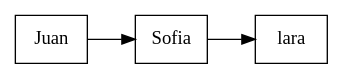
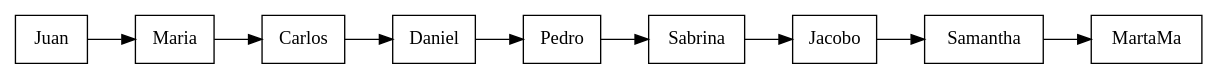
One commit to matiuuh/-EDD-Proyecto1_202203009 changed the diagram in output/usuarios.dot. Above: the diagram before and after it, drawn with Graphviz. The commit also changed 9 other files, not shown here.

```diff
--- a/output/usuarios.dot
+++ b/output/usuarios.dot
@@ -1,9 +1,21 @@
 digraph ListaUsuarios {
     rankdir=LR;
     node [shape=box];
     usuario_juan_perez_example_com [label="Juan"];
-    usuario_sofgon_example_com [label="Sofia"];
-    usuario_juan_perez_example_com -> usuario_sofgon_example_com;
-    usuario_laraa [label="lara"];
-    usuario_sofgon_example_com -> usuario_laraa;
+    usuario_maria_lopez_example_com [label="Maria"];
+    usuario_juan_perez_example_com -> usuario_maria_lopez_example_com;
+    usuario_carlos_rodriguez_example_com [label="Carlos"];
+    usuario_maria_lopez_example_com -> usuario_carlos_rodriguez_example_com;
+    usuario_daniel_garcia_example_com [label="Daniel"];
+    usuario_carlos_rodriguez_example_com -> usuario_daniel_garcia_example_com;
+    usuario_pedro_martinez_example_com [label="Pedro"];
+    usuario_daniel_garcia_example_com -> usuario_pedro_martinez_example_com;
+    usuario_sabrina_hernandez_example_com [label="Sabrina"];
+    usuario_pedro_martinez_example_com -> usuario_sabrina_hernandez_example_com;
+    usuario_jacobo_noriega_example_com [label="Jacobo"];
+    usuario_sabrina_hernandez_example_com -> usuario_jacobo_noriega_example_com;
+    usuario_samantha_cruz_example_com [label="Samantha"];
+    usuario_jacobo_noriega_example_com -> usuario_samantha_cruz_example_com;
+    usuario_mart_luna_example_com [label="MartaMa"];
+    usuario_samantha_cruz_example_com -> usuario_mart_luna_example_com;
 }
```
